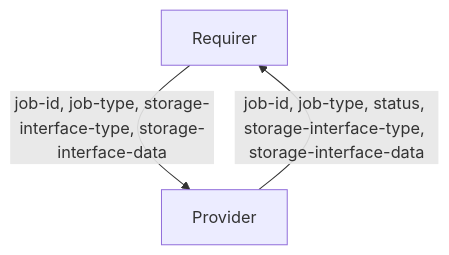
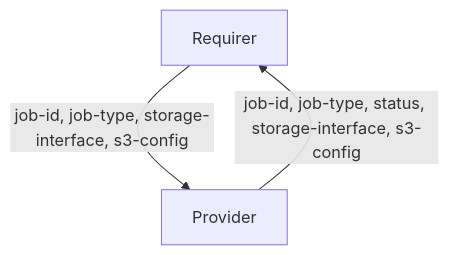
The diagram in interfaces/database_backup_manager/v0/README.md (canonical/charm-relation-interfaces), drawn with Mermaid before and after one commit. The commit also changed other lines of this file and 2 other files, not shown here.

Commit message:
Update database backup manager schema to be more precise

````diff
--- a/interfaces/database_backup_manager/v0/README.md
+++ b/interfaces/database_backup_manager/v0/README.md
@@ -14,5 +14,5 @@
 ```mermaid
 flowchart TD
-    Requirer -- job-id, job-type, storage-interface-type, storage-interface-data --> Provider
-    Provider -- job-id, job-type, status, storage-interface-type, storage-interface-data --> Requirer
+    Requirer -- job-id, job-type, storage-interface, s3-config --> Provider
+    Provider -- job-id, job-type, status, storage-interface, s3-config --> Requirer
 ```
````
